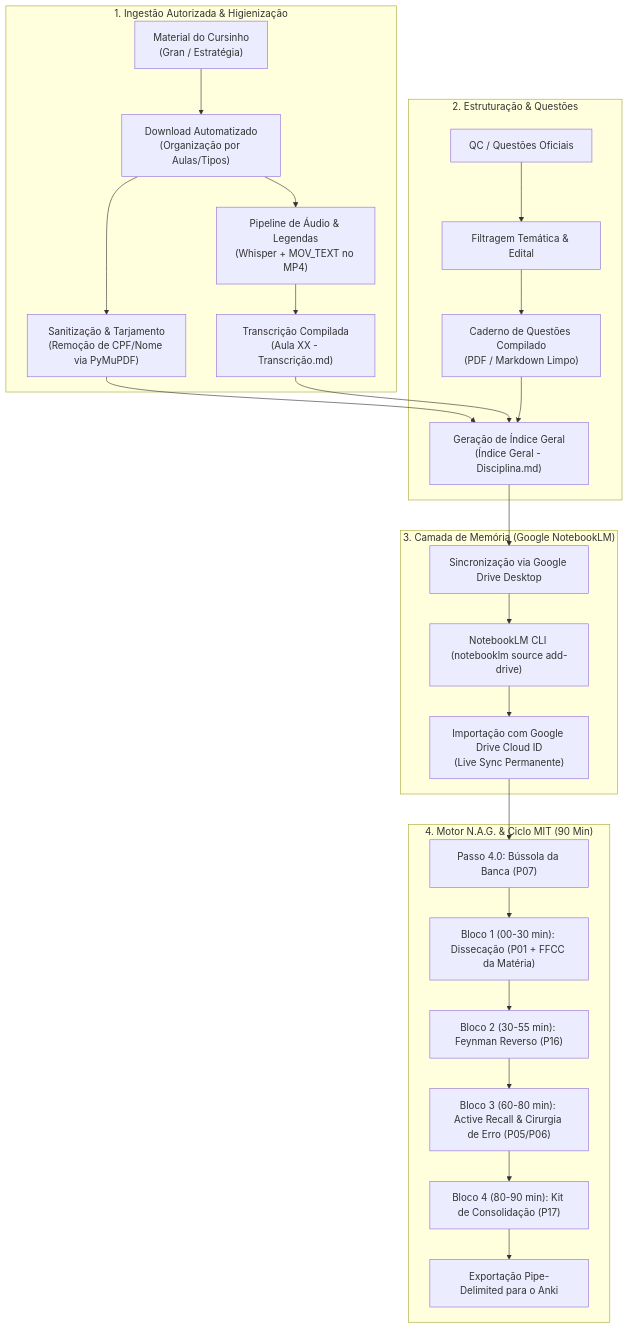
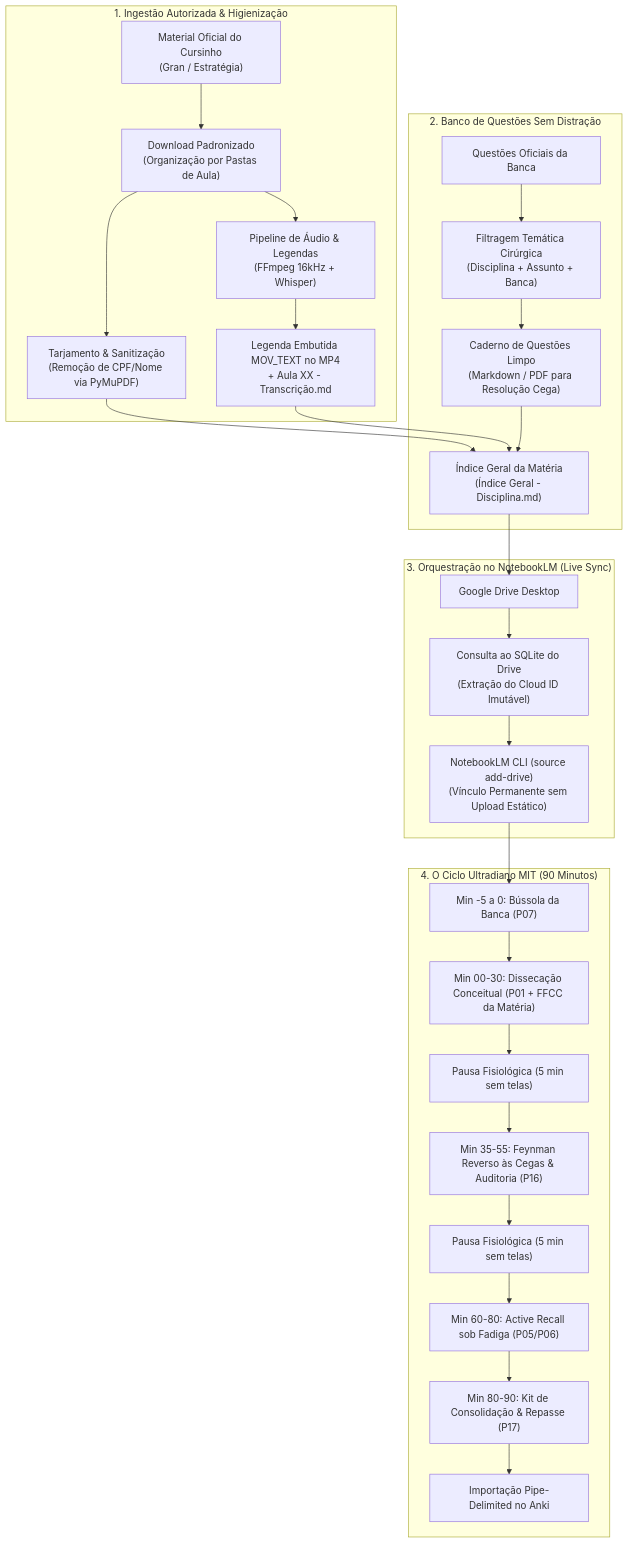
The diagram in README.md (gilsonnogueira/notebooklm-para-concursos), drawn with Mermaid before and after one commit. The commit also changed other lines of this file and 4 other files, not shown here.

````diff
--- a/README.md
+++ b/README.md
@@ -36,30 +51,32 @@
 ```mermaid
 flowchart TD
     subgraph INGESTAO ["1. Ingestão Autorizada & Higienização"]
-        A1["Material do Cursinho<br>(Gran / Estratégia)"] --> A2["Download Automatizado<br>(Organização por Aulas/Tipos)"]
-        A2 --> A3["Sanitização & Tarjamento<br>(Remoção de CPF/Nome via PyMuPDF)"]
-        A2 --> A4["Pipeline de Áudio & Legendas<br>(Whisper + MOV_TEXT no MP4)"]
-        A4 --> A5["Transcrição Compilada<br>(Aula XX - Transcrição.md)"]
+        A1["Material Oficial do Cursinho<br>(Gran / Estratégia)"] --> A2["Download Padronizado<br>(Organização por Pastas de Aula)"]
+        A2 --> A3["Tarjamento & Sanitização<br>(Remoção de CPF/Nome via PyMuPDF)"]
+        A2 --> A4["Pipeline de Áudio & Legendas<br>(FFmpeg 16kHz + Whisper)"]
+        A4 --> A5["Legenda Embutida MOV_TEXT no MP4<br>+ Aula XX - Transcrição.md"]
     end
 
-    subgraph ESTRUTURACAO ["2. Estruturação & Questões"]
-        B1["QC / Questões Oficiais"] --> B2["Filtragem Temática & Edital"]
-        B2 --> B3["Caderno de Questões Compilado<br>(PDF / Markdown Limpo)"]
-        A3 & A5 & B3 --> B4["Geração de Índice Geral<br>(Índice Geral - Disciplina.md)"]
+    subgraph ESTRUTURACAO ["2. Banco de Questões Sem Distração"]
+        B1["Questões Oficiais da Banca"] --> B2["Filtragem Temática Cirúrgica<br>(Disciplina + Assunto + Banca)"]
+        B2 --> B3["Caderno de Questões Limpo<br>(Markdown / PDF para Resolução Cega)"]
+        A3 & A5 & B3 --> B4["Índice Geral da Matéria<br>(Índice Geral - Disciplina.md)"]
     end
 
-    subgraph MEMORIA ["3. Camada de Memória (Google NotebookLM)"]
-        B4 --> C1["Sincronização via Google Drive Desktop"]
-        C1 --> C2["NotebookLM CLI (notebooklm source add-drive)"]
-        C2 --> C3["Importação com Google Drive Cloud ID<br>(Live Sync Permanente)"]
+    subgraph MEMORIA ["3. Orquestração no NotebookLM (Live Sync)"]
+        B4 --> C1["Google Drive Desktop"]
+        C1 --> C2["Consulta ao SQLite do Drive<br>(Extração do Cloud ID Imutável)"]
+        C2 --> C3["NotebookLM CLI (source add-drive)<br>(Vínculo Permanente sem Upload Estático)"]
     end
 
-    subgraph COGNICAO ["4. Motor N.A.G. & Ciclo MIT (90 Min)"]
-        C3 --> D1["Passo 4.0: Bússola da Banca (P07)"]
-        D1 --> D2["Bloco 1 (00-30 min): Dissecação (P01 + FFCC da Matéria)"]
-        D2 --> D3["Bloco 2 (30-55 min): Feynman Reverso (P16)"]
-        D3 --> D4["Bloco 3 (60-80 min): Active Recall & Cirurgia de Erro (P05/P06)"]
-        D4 --> D5["Bloco 4 (80-90 min): Kit de Consolidação (P17)"]
-        D5 --> D6["Exportação Pipe-Delimited para o Anki"]
+    subgraph COGNICAO ["4. O Ciclo Ultradiano MIT (90 Minutos)"]
+        C3 --> D1["Min -5 a 0: Bússola da Banca (P07)"]
+        D1 --> D2["Min 00-30: Dissecação Conceitual (P01 + FFCC da Matéria)"]
+        D2 --> D3["Pausa Fisiológica (5 min sem telas)"]
+        D3 --> D4["Min 35-55: Feynman Reverso às Cegas & Auditoria (P16)"]
+        D4 --> D5["Pausa Fisiológica (5 min sem telas)"]
+        D5 --> D6["Min 60-80: Active Recall sob Fadiga (P05/P06)"]
+        D6 --> D7["Min 80-90: Kit de Consolidação & Repasse (P17)"]
+        D7 --> D8["Importação Pipe-Delimited no Anki"]
     end
 ```
````
